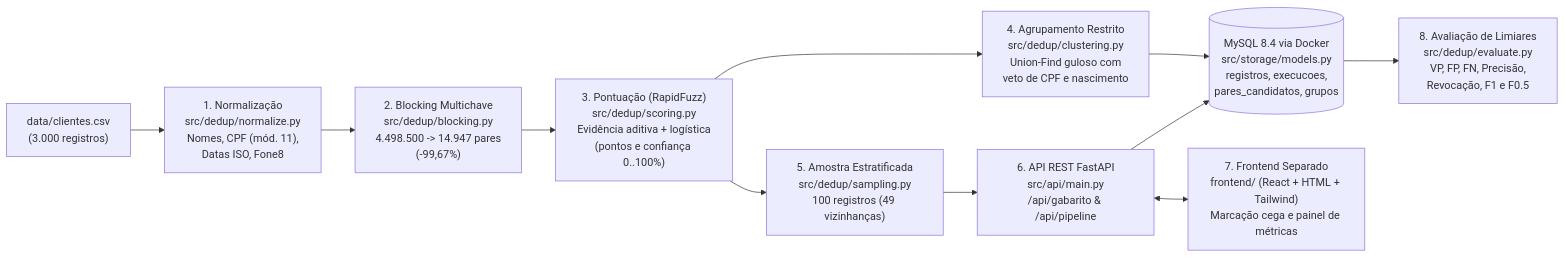
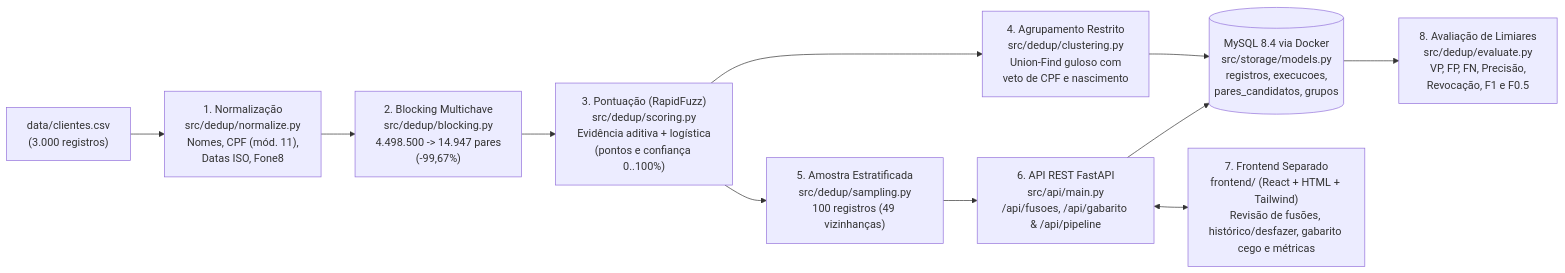
One commit to Everton123o/cadastros-clientes-desafio changed the first of 2 diagrams in docs/architecture/pipeline-deduplicacao.md. Above: the diagram before and after it, drawn with Mermaid. The commit also changed other lines of this file and 7 other files, not shown here.

````diff
--- a/docs/architecture/pipeline-deduplicacao.md
+++ b/docs/architecture/pipeline-deduplicacao.md
@@ -9,13 +9,13 @@
 ```mermaid
 flowchart LR
     CSV["data/clientes.csv\n(3.000 registros)"] --> NORM["1. Normalização\nsrc/dedup/normalize.py\nNomes, CPF (mód. 11),\nDatas ISO, Fone8"]
     NORM --> BLOCK["2. Blocking Multichave\nsrc/dedup/blocking.py\n4.498.500 -> 14.947 pares\n(-99,67%)"]
     BLOCK --> SCORE["3. Pontuação (RapidFuzz)\nsrc/dedup/scoring.py\nEvidência aditiva + logística\n(pontos e confiança 0..100%)"]
     SCORE --> CLUST["4. Agrupamento Restrito\nsrc/dedup/clustering.py\nUnion-Find guloso com\nveto de CPF e nascimento"]
     CLUST --> DB[("MySQL 8.4 via Docker\nsrc/storage/models.py\nregistros, execucoes,\npares_candidatos, grupos")]
     SCORE --> SAMP["5. Amostra Estratificada\nsrc/dedup/sampling.py\n100 registros (49 vizinhanças)"]
-    SAMP --> API["6. API REST FastAPI\nsrc/api/main.py\n/api/gabarito & /api/pipeline"]
-    API <--> UI["7. Frontend Separado\nfrontend/ (React + HTML + Tailwind)\nMarcação cega e painel de métricas"]
+    SAMP --> API["6. API REST FastAPI\nsrc/api/main.py\n/api/fusoes, /api/gabarito & /api/pipeline"]
+    API <--> UI["7. Frontend Separado\nfrontend/ (React + HTML + Tailwind)\nRevisão de fusões, histórico/desfazer, gabarito cego e métricas"]
     API --> DB
     DB --> EVAL["8. Avaliação de Limiares\nsrc/dedup/evaluate.py\nVP, FP, FN, Precisão,\nRevocação, F1 e F0.5"]
 ```
````
